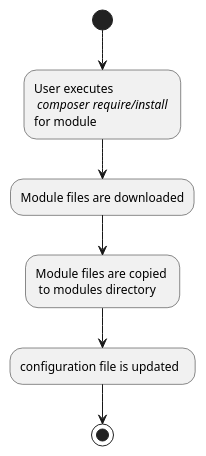
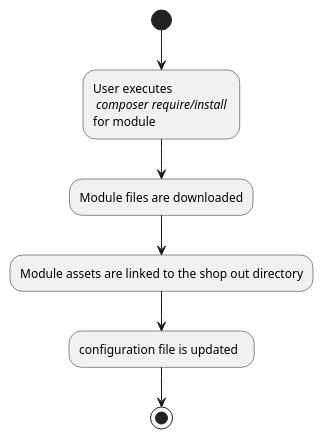
The diagram in development/modules_components_themes/project/module_configuration/modules_installation.rst (OXID-eSales/developer_documentation), drawn with PlantUML before and after one commit. The commit also changed other lines of this file and 14 other files, not shown here.

Commit message:
OXDEV-3875 Update documentation since we don't copy module files to `source/modules`

```diff
--- a/development/modules_components_themes/project/module_configuration/modules_installation.rst
+++ b/development/modules_components_themes/project/module_configuration/modules_installation.rst
@@ -13,11 +13,11 @@
 .. uml::
 
     @startuml
 
     (*)--> "User executes \n <i>composer require/install</i> \nfor module"
     --> "Module files are downloaded"
-    --> "Module files are copied \n to modules directory"
+    --> "Module assets are linked to the shop out directory"
     --> "configuration file is updated  "
     --> (*)
 
     @enduml
```
